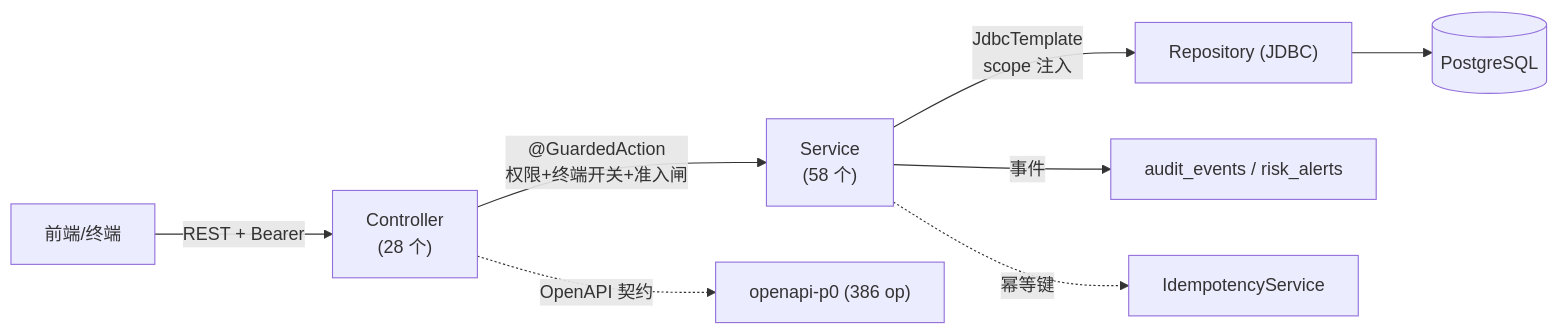
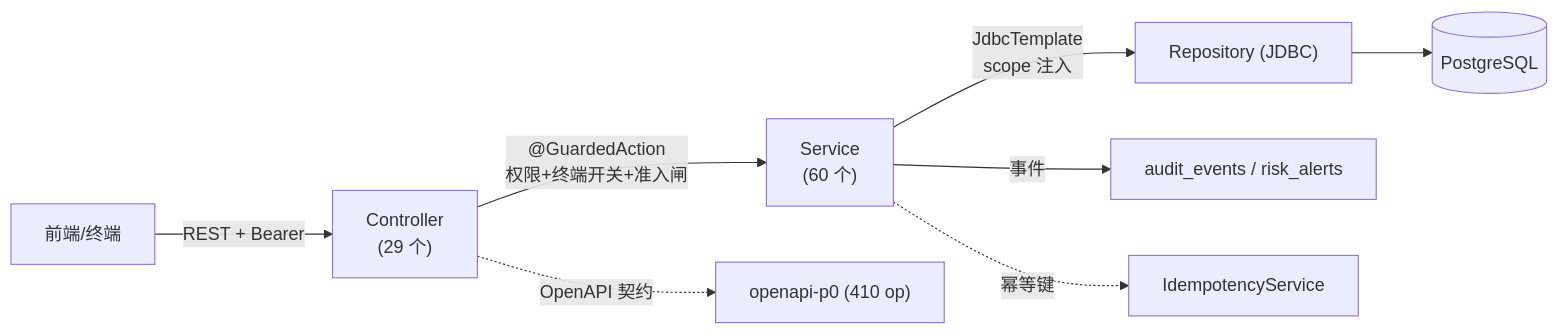
One commit to jxh1979/mall changed the third of 5 diagrams in docs/architecture-overview-v0.1.md. Above: the diagram before and after it, drawn with Mermaid. The commit also changed other lines of this file and 281 other files, not shown here.

````diff
--- a/docs/architecture-overview-v0.1.md
+++ b/docs/architecture-overview-v0.1.md
@@ -98,10 +98,10 @@
 ```mermaid
 graph LR
-  UI["前端/终端"] -->|"REST + Bearer"| CTRL["Controller<br/>(28 个)"]
-  CTRL -->|"@GuardedAction<br/>权限+终端开关+准入闸"| SVC["Service<br/>(58 个)"]
+  UI["前端/终端"] -->|"REST + Bearer"| CTRL["Controller<br/>(29 个)"]
+  CTRL -->|"@GuardedAction<br/>权限+终端开关+准入闸"| SVC["Service<br/>(60 个)"]
   SVC -->|"JdbcTemplate<br/>scope 注入"| REPO["Repository (JDBC)"]
   REPO --> PG[("PostgreSQL")]
   SVC -->|"事件"| AUD["audit_events / risk_alerts"]
   SVC -. "幂等键" .-> IDEM["IdempotencyService"]
-  CTRL -. "OpenAPI 契约" .-> OAS["openapi-p0 (386 op)"]
+  CTRL -. "OpenAPI 契约" .-> OAS["openapi-p0 (410 op)"]
 ```
````
